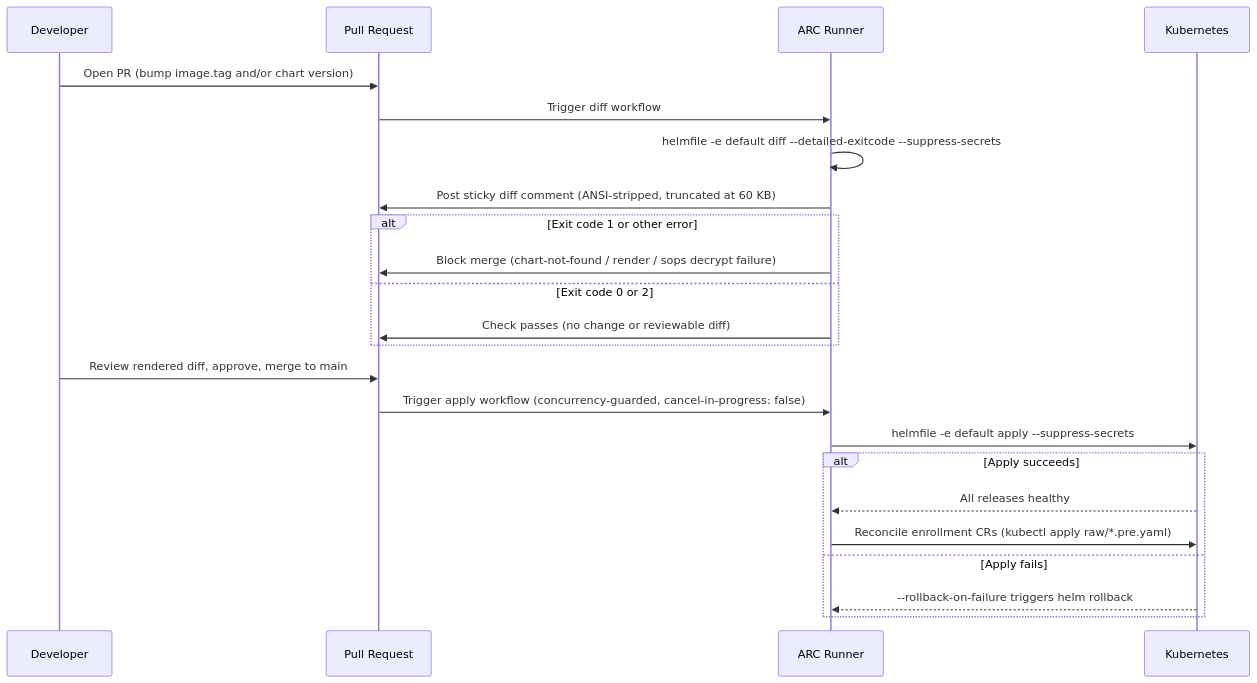
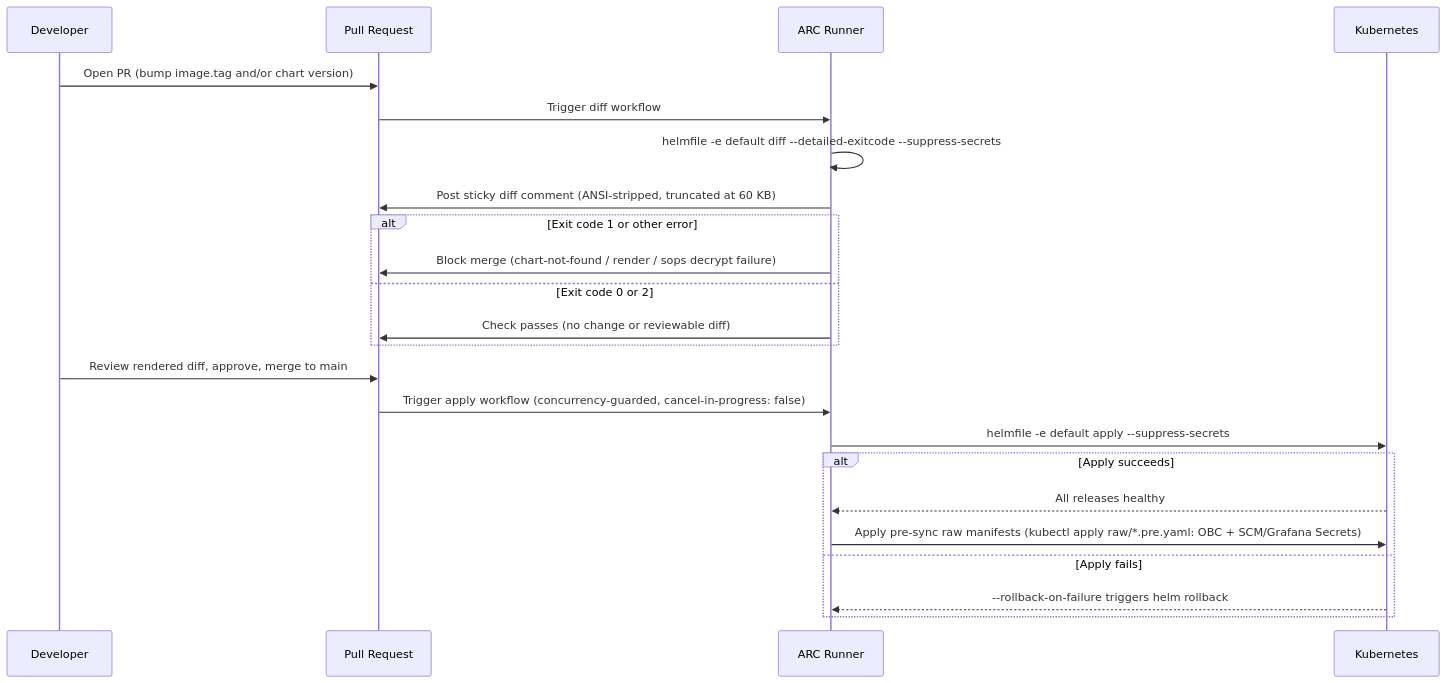
One commit to szymonrychu/tatara-documentation changed the diagram in docs/getting-started/installation.md. Above: the diagram before and after it, drawn with Mermaid. The commit also changed other lines of this file and 44 other files, not shown here.

````diff
--- a/docs/getting-started/installation.md
+++ b/docs/getting-started/installation.md
@@ -310,26 +312,26 @@
 ```mermaid
 sequenceDiagram
     participant Dev as Developer
     participant PR as Pull Request
     participant ARC as ARC Runner
     participant K8s as Kubernetes
 
     Dev->>PR: Open PR (bump image.tag and/or chart version)
     PR->>ARC: Trigger diff workflow
     ARC->>ARC: helmfile -e default diff --detailed-exitcode --suppress-secrets
     ARC->>PR: Post sticky diff comment (ANSI-stripped, truncated at 60 KB)
     alt Exit code 1 or other error
         ARC->>PR: Block merge (chart-not-found / render / sops decrypt failure)
     else Exit code 0 or 2
         ARC->>PR: Check passes (no change or reviewable diff)
     end
     Dev->>PR: Review rendered diff, approve, merge to main
     PR->>ARC: Trigger apply workflow (concurrency-guarded, cancel-in-progress: false)
     ARC->>K8s: helmfile -e default apply --suppress-secrets
     alt Apply succeeds
         K8s-->>ARC: All releases healthy
-        ARC->>K8s: Reconcile enrollment CRs (kubectl apply raw/*.pre.yaml)
+        ARC->>K8s: Apply pre-sync raw manifests (kubectl apply raw/*.pre.yaml: OBC + SCM/Grafana Secrets)
     else Apply fails
         K8s-->>ARC: --rollback-on-failure triggers helm rollback
     end
 ```
````
